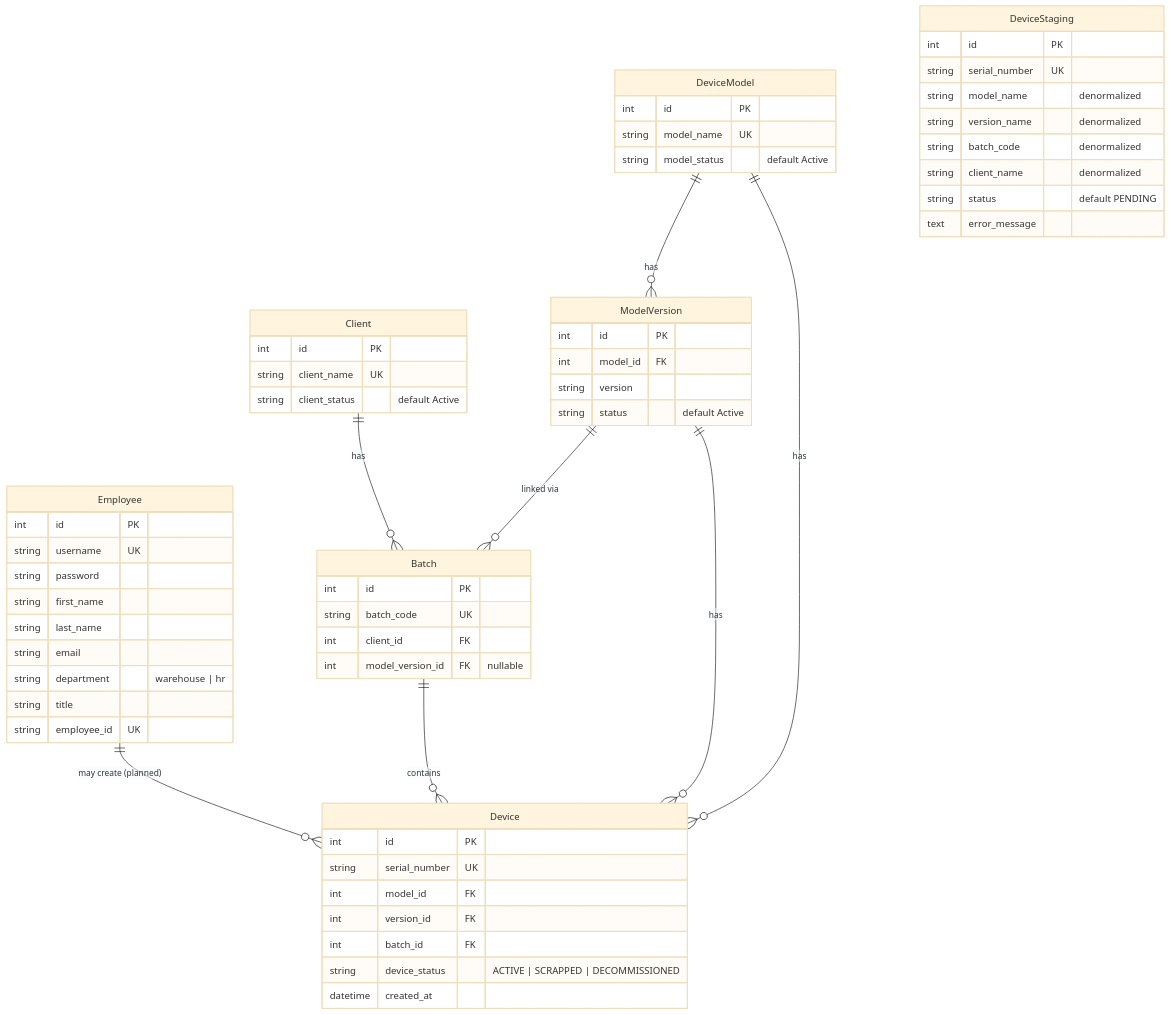
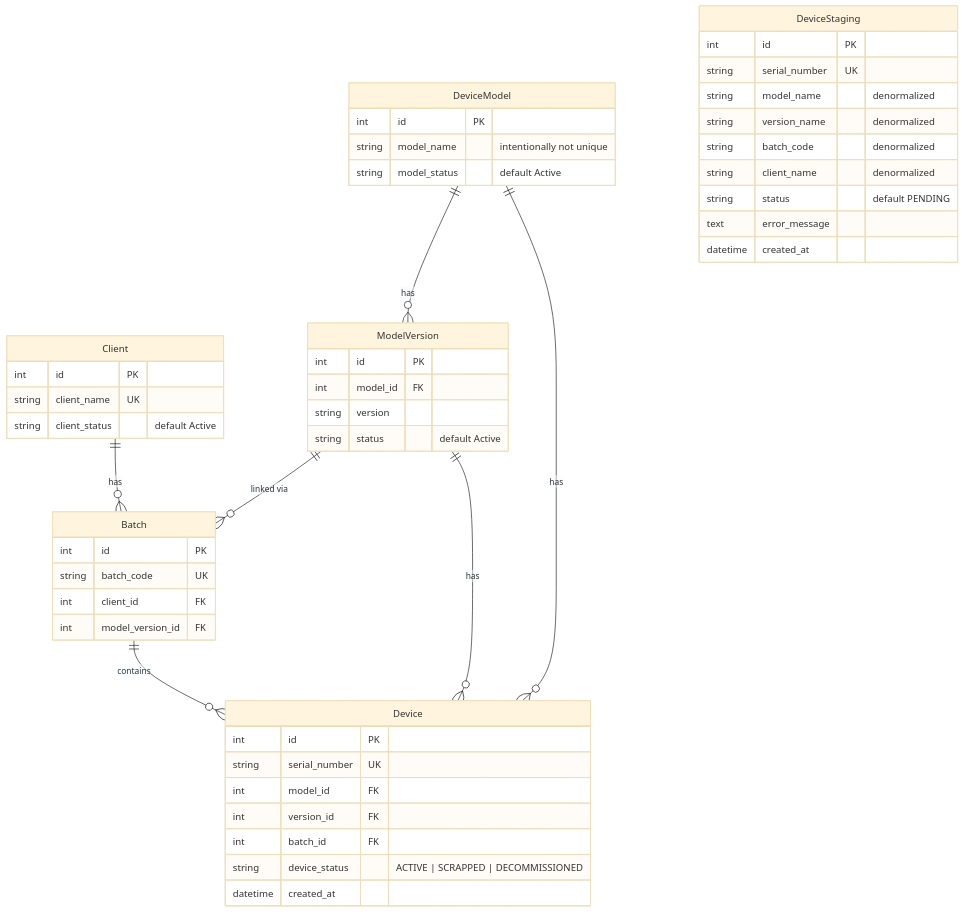
Before and after one commit to tumelo5/ops_system_management: the diagram in docs/ERD.md, drawn with Mermaid (base theme). The commit also changed other lines of this file and 75 other files, not shown here.

````diff
--- a/docs/ERD.md
+++ b/docs/ERD.md
@@ -5,70 +5,57 @@
 ```mermaid
 erDiagram
-    Employee ||--o{ Device : "may create (planned)"
-
     Client ||--o{ Batch : has
     DeviceModel ||--o{ ModelVersion : has
     ModelVersion ||--o{ Batch : "linked via"
     DeviceModel ||--o{ Device : has
     ModelVersion ||--o{ Device : has
     Batch ||--o{ Device : contains
-
-    Employee {
-        int id PK
-        string username UK
-        string password
-        string first_name
-        string last_name
-        string email
-        string department "warehouse | hr"
-        string title
-        string employee_id UK
-    }
 
     Client {
         int id PK
         string client_name UK
         string client_status "default Active"
     }
 
     DeviceModel {
         int id PK
-        string model_name UK
+        string model_name "intentionally not unique"
         string model_status "default Active"
     }
 
     ModelVersion {
         int id PK
         int model_id FK
         string version
         string status "default Active"
     }
 
     Batch {
         int id PK
         string batch_code UK
         int client_id FK
-        int model_version_id FK "nullable"
+        int model_version_id FK
     }
 
     DeviceStaging {
         int id PK
         string serial_number UK
         string model_name "denormalized"
         string version_name "denormalized"
         string batch_code "denormalized"
         string client_name "denormalized"
         string status "default PENDING"
         text error_message
+        datetime created_at
     }
 
     Device {
         int id PK
         string serial_number UK
         int model_id FK
         int version_id FK
         int batch_id FK
         string device_status "ACTIVE | SCRAPPED | DECOMMISSIONED"
         datetime created_at
     }
 ```
````
